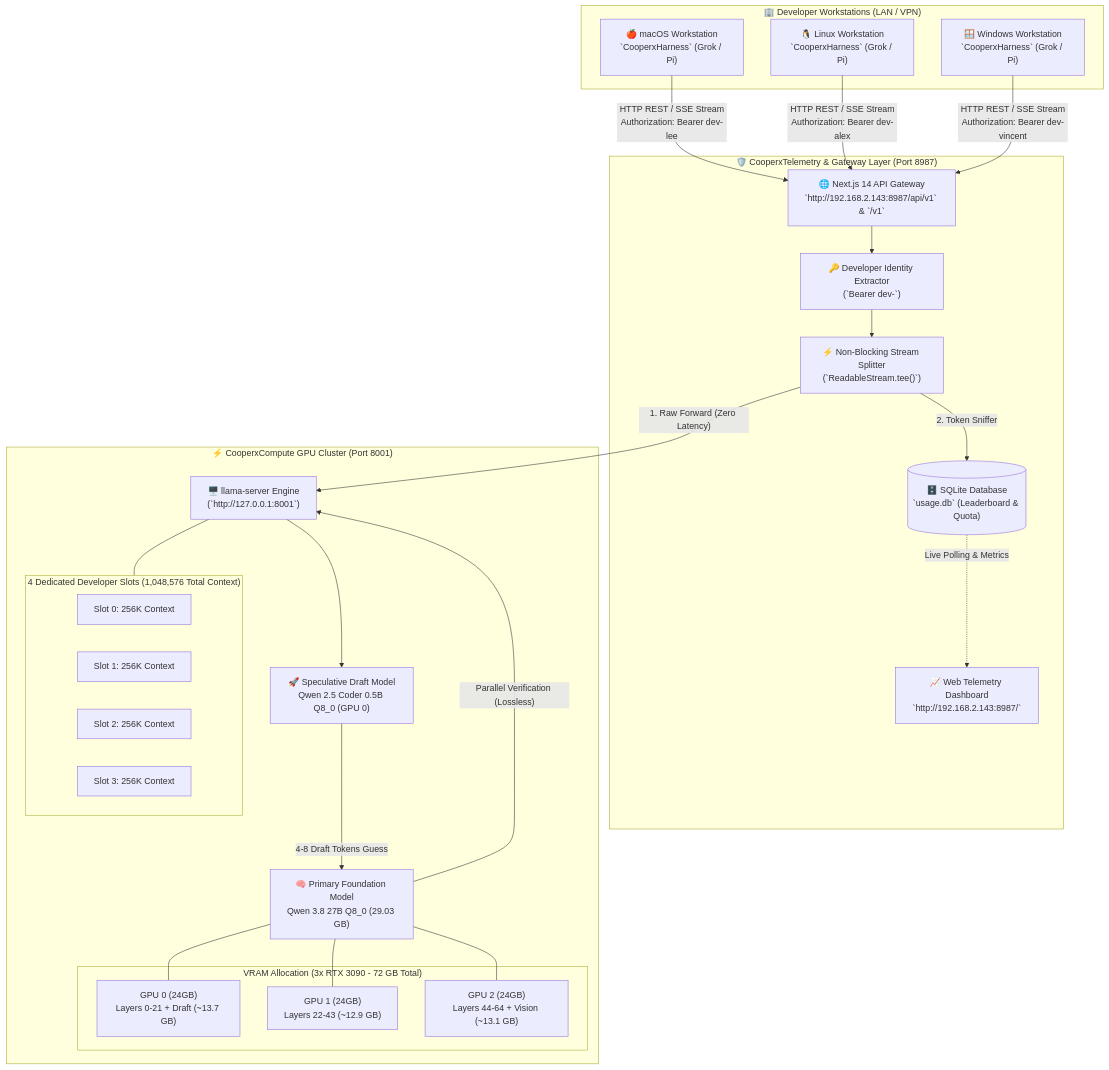
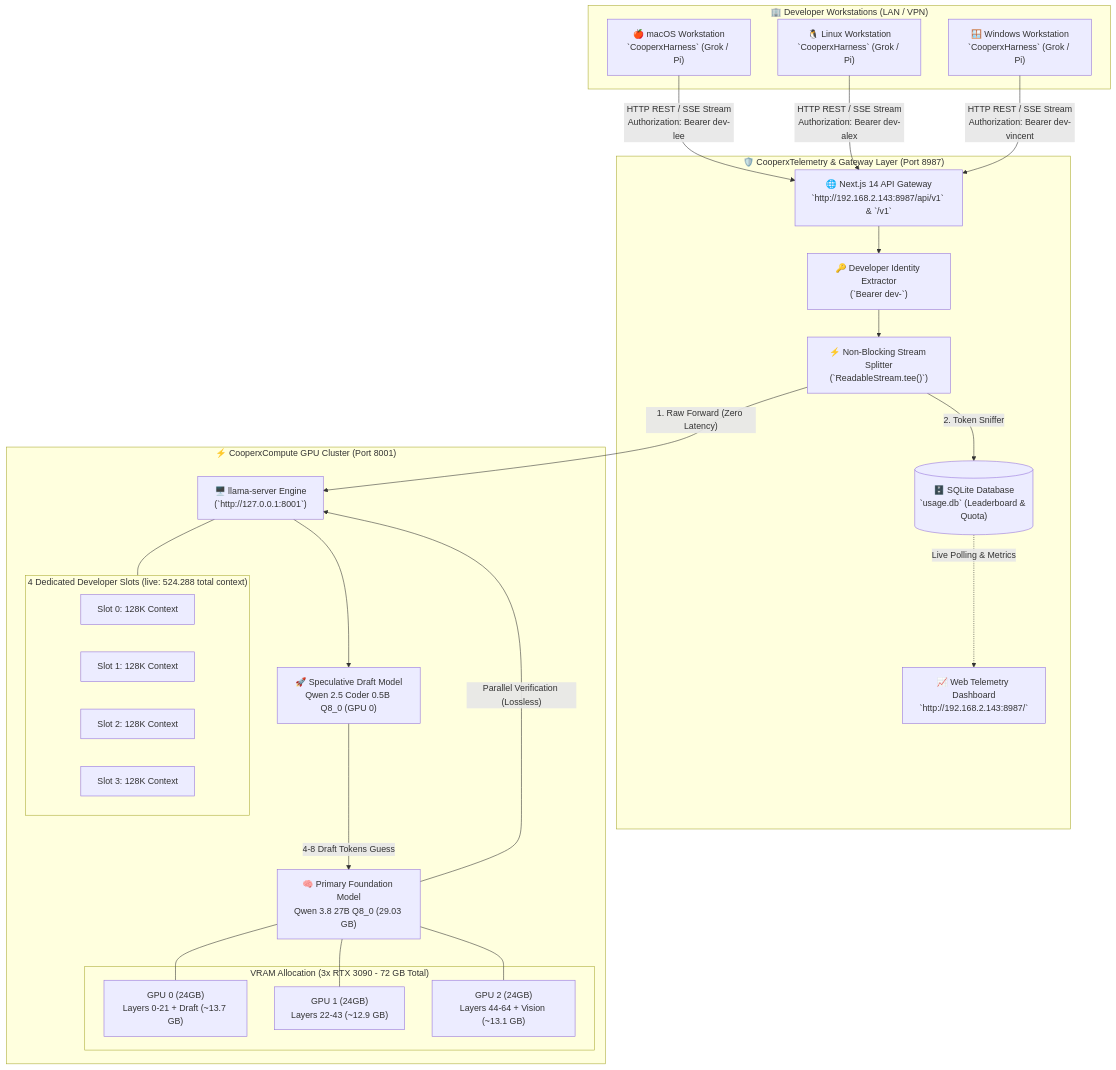
The diagram in ARCHITECTURE.md (LyKhan77/grok-x-team-byLee), drawn with Mermaid before and after one commit. The commit also changed other lines of this file and 9 other files, not shown here.

````diff
--- a/ARCHITECTURE.md
+++ b/ARCHITECTURE.md
@@ -16,53 +16,53 @@
 ```mermaid
 graph TD
     subgraph DEV_WORKSTATIONS ["🏢 Developer Workstations (LAN / VPN)"]
         D1["🍎 macOS Workstation<br/>`CooperxHarness` (Grok / Pi)"]
         D2["🐧 Linux Workstation<br/>`CooperxHarness` (Grok / Pi)"]
         D3["🪟 Windows Workstation<br/>`CooperxHarness` (Grok / Pi)"]
     end
 
     subgraph COOPERX_TELEMETRY ["🛡️ CooperxTelemetry & Gateway Layer (Port 8987)"]
         GW["🌐 Next.js 14 API Gateway<br/>`http://192.168.2.143:8987/api/v1` & `/v1`"]
         AUTH["🔑 Developer Identity Extractor<br/>(`Bearer dev-<nickname>`)"]
         TEE["⚡ Non-Blocking Stream Splitter<br/>(`ReadableStream.tee()`)"]
         DB[("🗄️ SQLite Database<br/>`usage.db` (Leaderboard & Quota)")]
         DASH["📈 Web Telemetry Dashboard<br/>`http://192.168.2.143:8987/`"]
     end
 
     subgraph COOPERX_COMPUTE ["⚡ CooperxCompute GPU Cluster (Port 8001)"]
         LS["🖥️ llama-server Engine<br/>(`http://127.0.0.1:8001`)"]
         DRAFT["🚀 Speculative Draft Model<br/>Qwen 2.5 Coder 0.5B Q8_0 (GPU 0)"]
         PRIMARY["🧠 Primary Foundation Model<br/>Qwen 3.8 27B Q8_0 (29.03 GB)"]
         
         subgraph VRAM_DISTRIBUTION ["VRAM Allocation (3x RTX 3090 - 72 GB Total)"]
             GPU0["GPU 0 (24GB)<br/>Layers 0-21 + Draft (~13.7 GB)"]
             GPU1["GPU 1 (24GB)<br/>Layers 22-43 (~12.9 GB)"]
             GPU2["GPU 2 (24GB)<br/>Layers 44-64 + Vision (~13.1 GB)"]
         end
 
-        subgraph SLOTS_MAP ["4 Dedicated Developer Slots (1,048,576 Total Context)"]
-            SLOT0["Slot 0: 256K Context"]
-            SLOT1["Slot 1: 256K Context"]
-            SLOT2["Slot 2: 256K Context"]
-            SLOT3["Slot 3: 256K Context"]
+        subgraph SLOTS_MAP ["4 Dedicated Developer Slots (live: 524.288 total context)"]
+            SLOT0["Slot 0: 128K Context"]
+            SLOT1["Slot 1: 128K Context"]
+            SLOT2["Slot 2: 128K Context"]
+            SLOT3["Slot 3: 128K Context"]
         end
     end
 
     D1 -->|"HTTP REST / SSE Stream<br/>Authorization: Bearer dev-lee"| GW
     D2 -->|"HTTP REST / SSE Stream<br/>Authorization: Bearer dev-alex"| GW
     D3 -->|"HTTP REST / SSE Stream<br/>Authorization: Bearer dev-vincent"| GW
 
     GW --> AUTH
     AUTH --> TEE
     TEE -->|"1. Raw Forward (Zero Latency)"| LS
     TEE -->|"2. Token Sniffer"| DB
     DB -.->|"Live Polling & Metrics"| DASH
 
     LS --> DRAFT
     DRAFT -->|"4-8 Draft Tokens Guess"| PRIMARY
     PRIMARY -->|"Parallel Verification (Lossless)"| LS
     PRIMARY --- GPU0
     PRIMARY --- GPU1
     PRIMARY --- GPU2
     LS --- SLOTS_MAP
 ```
````
